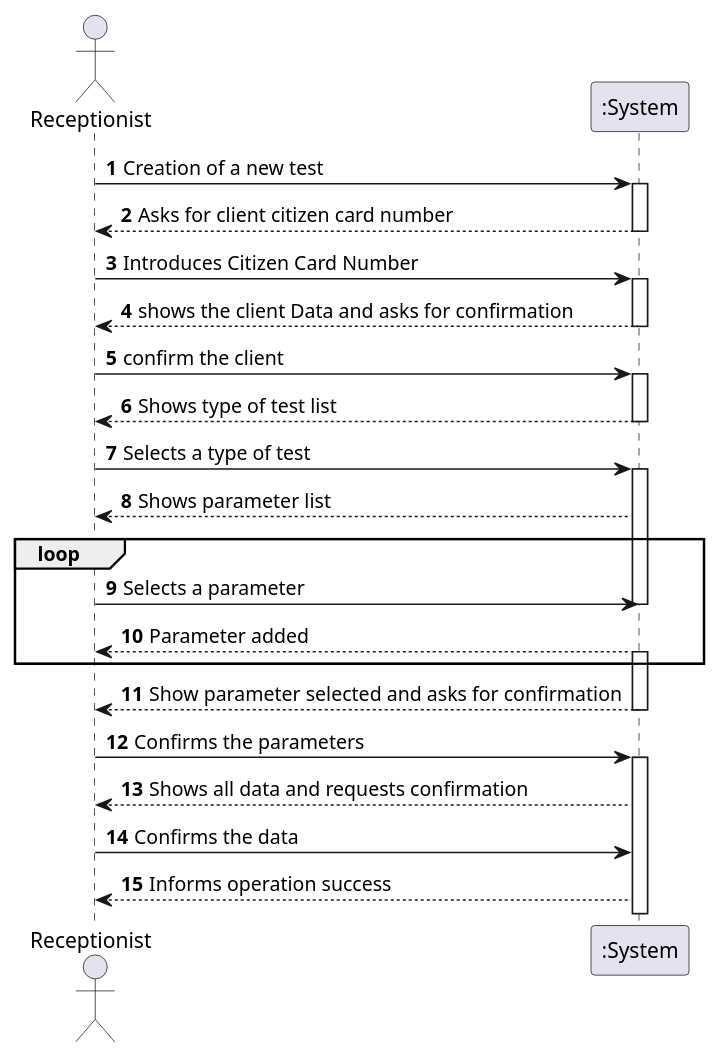
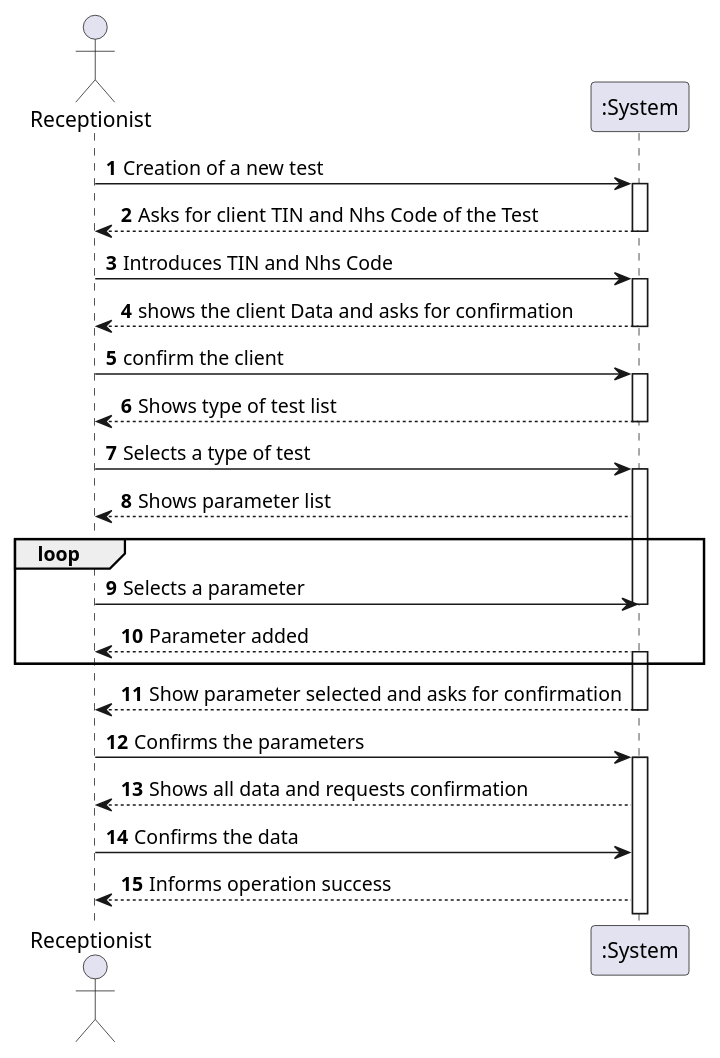
Before and after one commit to GuilhermeCunha79/lapr2: the diagram in docs/SprintC/US4/UC4_SSD.puml, drawn with PlantUML. The commit also changed 12 other files, not shown here.

Commit message:
[US4]Update all Diagrams And finish class CreateTestController.java And update the other classes referenced in the commit

```diff
--- a/docs/SprintC/US4/UC4_SSD.puml
+++ b/docs/SprintC/US4/UC4_SSD.puml
@@ -1,39 +1,39 @@
 @startuml
 autonumber
 actor "Receptionist" as RE
 
 
 RE -> ":System" : Creation of a new test
 activate ":System"
-":System" --> RE : Asks for client citizen card number
+":System" --> RE : Asks for client TIN and Nhs Code of the Test
 deactivate ":System"
-RE -> ":System" : Introduces Citizen Card Number
+RE -> ":System" : Introduces TIN and Nhs Code
 activate ":System"
 ":System" --> RE : shows the client Data and asks for confirmation
 deactivate ":System"
 RE -> ":System" : confirm the client
 activate ":System"
 ":System" --> RE : Shows type of test list
 
 deactivate ":System"
 RE -> ":System" : Selects a type of test
 activate ":System"
 ":System" --> RE : Shows parameter list
 loop
 RE -> ":System" : Selects a parameter
 deactivate ":System"
 ":System" --> RE : Parameter added
 activate ":System"
 end
 ":System" --> RE : Show parameter selected and asks for confirmation
 deactivate ":System"
 
 
 
 RE -> ":System" : Confirms the parameters
 activate ":System"
 ":System" --> RE : Shows all data and requests confirmation
 RE -> ":System" : Confirms the data
 ":System" --> RE : Informs operation success
 
 @enduml
```
